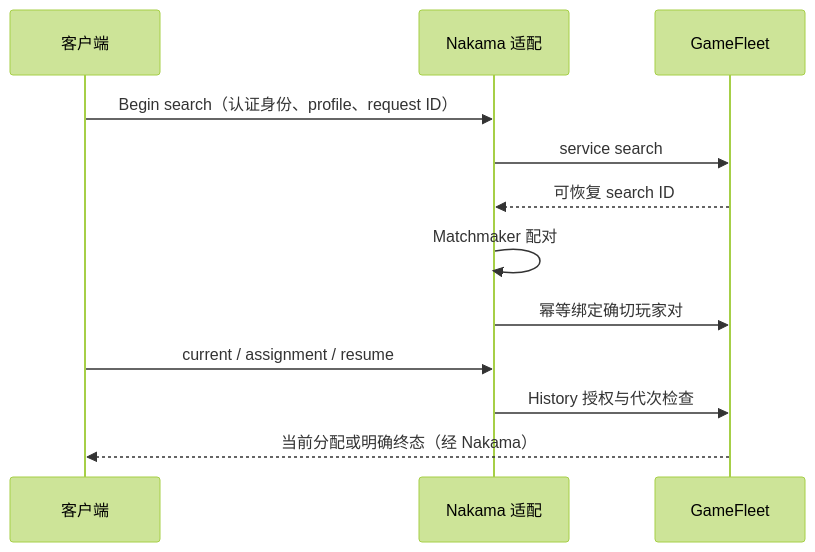
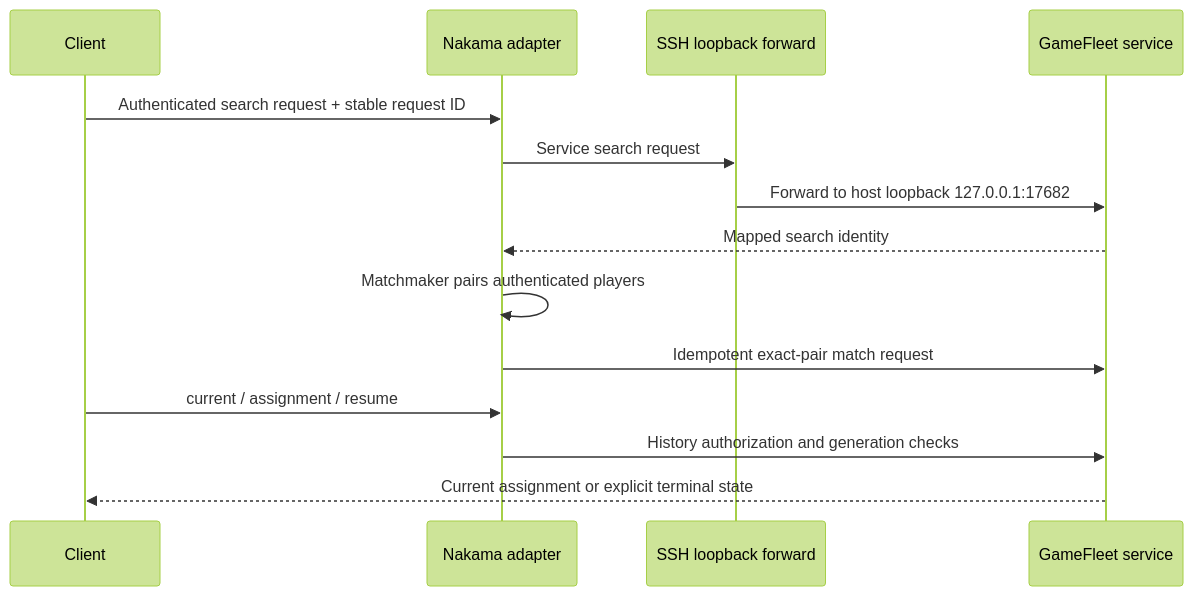
Before and after one commit to xuhuanhello/nakama-agones: the second of 2 diagrams in docs/architecture.md, drawn with Mermaid (forest theme). The commit also changed other lines of this file and 18 other files, not shown here.

Commit message:
Add self-hosted Nakama service deployment

````diff
--- a/docs/architecture.md
+++ b/docs/architecture.md
@@ -23,14 +35,16 @@
 ```mermaid
 sequenceDiagram
-    participant C as 客户端
-    participant N as Nakama 适配
-    participant G as GameFleet
-    C->>N: Begin search（认证身份、profile、request ID）
-    N->>G: service search
-    G-->>N: 可恢复 search ID
-    N->>N: Matchmaker 配对
-    N->>G: 幂等绑定确切玩家对
+    participant C as Client
+    participant N as Nakama adapter
+    participant S as SSH loopback forward
+    participant G as GameFleet service
+    C->>N: Authenticated search request + stable request ID
+    N->>S: Service search request
+    S->>G: Forward to host loopback 127.0.0.1:17682
+    G-->>N: Mapped search identity
+    N->>N: Matchmaker pairs authenticated players
+    N->>G: Idempotent exact-pair match request
     C->>N: current / assignment / resume
-    N->>G: History 授权与代次检查
-    G-->>C: 当前分配或明确终态（经 Nakama）
+    N->>G: History authorization and generation checks
+    G-->>C: Current assignment or explicit terminal state
 ```
````
